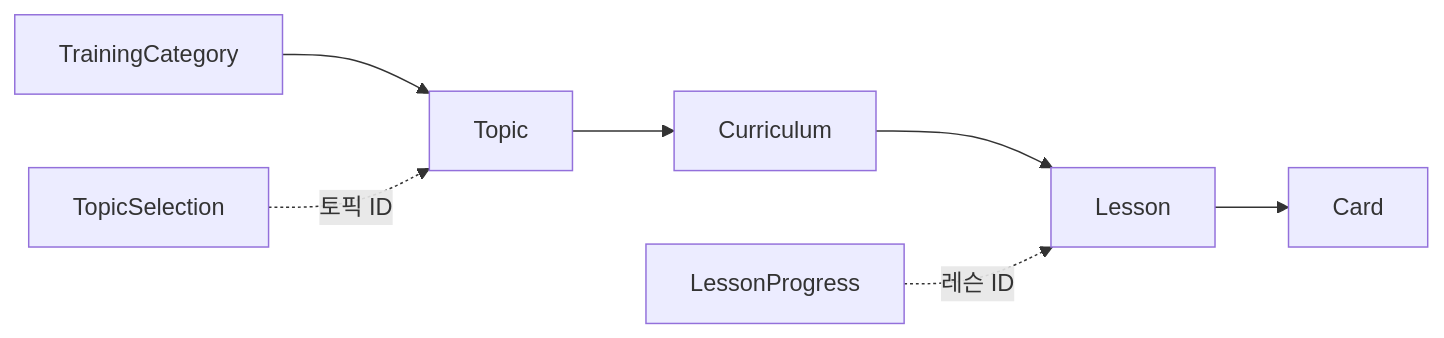
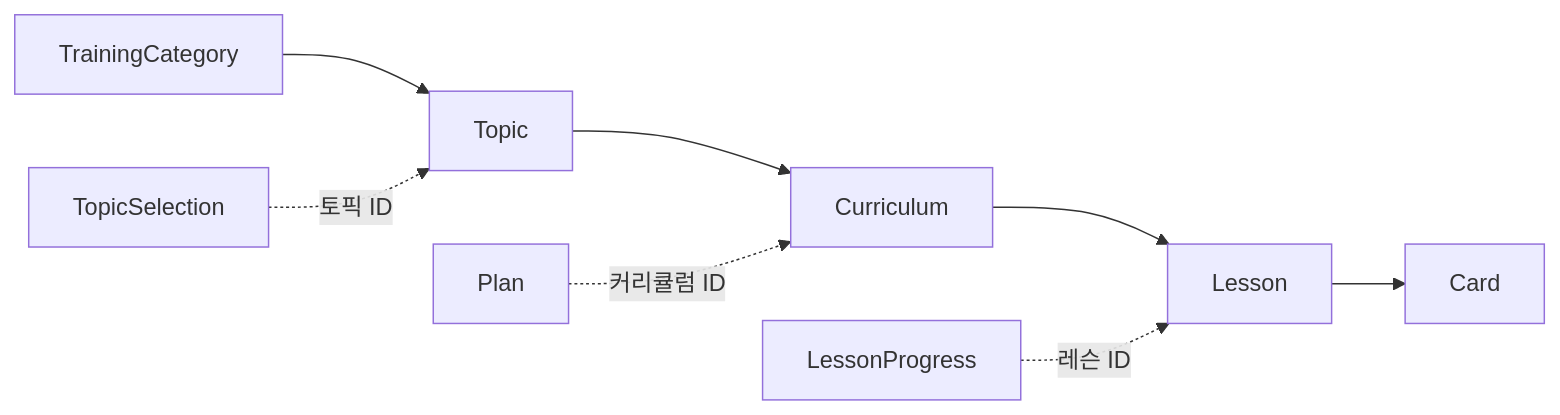
Before and after one commit to DaeSaBu/meongcoach-BE: the diagram in docs/training.md, drawn with Mermaid. The commit also changed other lines of this file and 8 other files, not shown here.

````diff
--- a/docs/training.md
+++ b/docs/training.md
@@ -7,6 +7,7 @@
 ```mermaid
 flowchart LR
     TrainingCategory --> Topic --> Curriculum --> Lesson --> Card
     LessonProgress -. 레슨 ID .-> Lesson
     TopicSelection -. 토픽 ID .-> Topic
+    Plan -. 커리큘럼 ID .-> Curriculum
 ```
````
